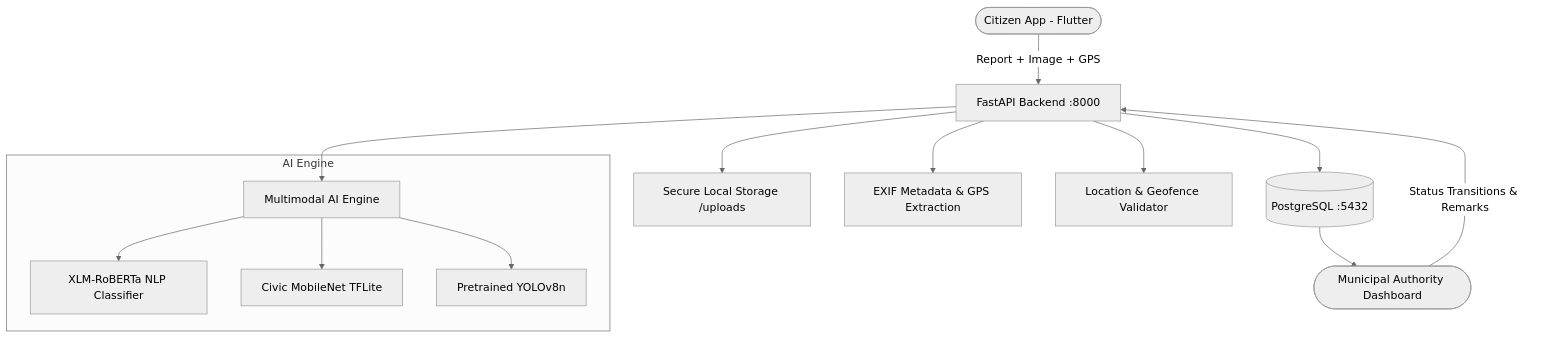
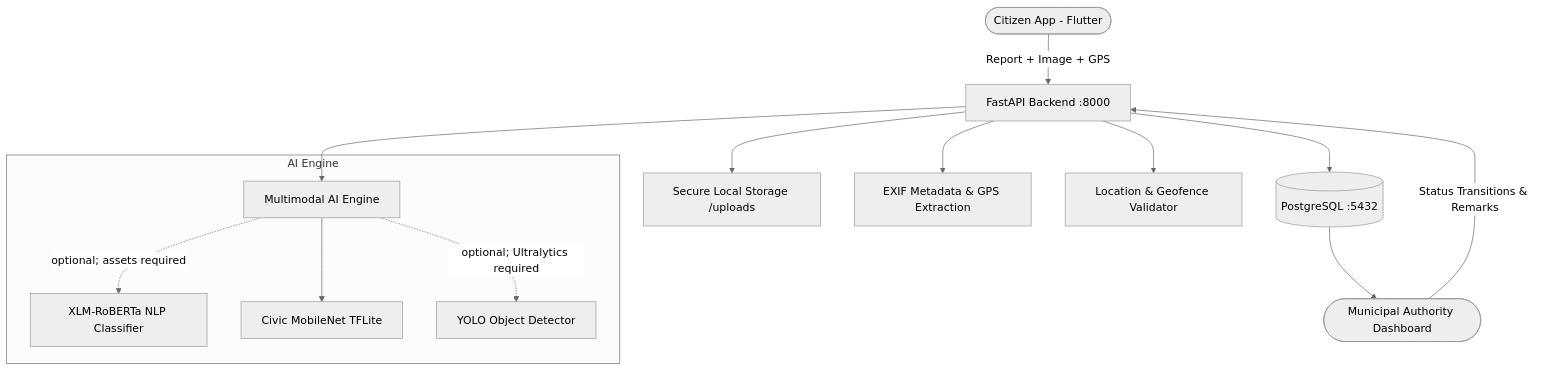
Before and after one commit to rushi4302/ctp: the diagram in README.md, drawn with Mermaid (neutral theme). The commit also changed other lines of this file and 79 other files, not shown here.

````diff
--- a/README.md
+++ b/README.md
@@ -9,18 +14,18 @@
 ```mermaid
 flowchart TD
     Citizen([Citizen App - Flutter]) -->|Report + Image + GPS| FastAPI[FastAPI Backend :8000]
     FastAPI --> Storage[Secure Local Storage /uploads]
     FastAPI --> EXIF[EXIF Metadata & GPS Extraction]
     FastAPI --> LocationVal[Location & Geofence Validator]
     FastAPI --> AIService[Multimodal AI Engine]
     
     subgraph AI Engine
-        AIService --> XLM[XLM-RoBERTa NLP Classifier]
+        AIService -. optional; assets required .-> XLM[XLM-RoBERTa NLP Classifier]
         AIService --> TFLite[Civic MobileNet TFLite]
-        AIService --> YOLO[Pretrained YOLOv8n]
+        AIService -. optional; Ultralytics required .-> YOLO[YOLO Object Detector]
     end
     
     FastAPI --> PostgreSQL[(PostgreSQL :5432)]
     PostgreSQL --> Admin([Municipal Authority Dashboard])
     Admin -->|Status Transitions & Remarks| FastAPI
 ```
````
